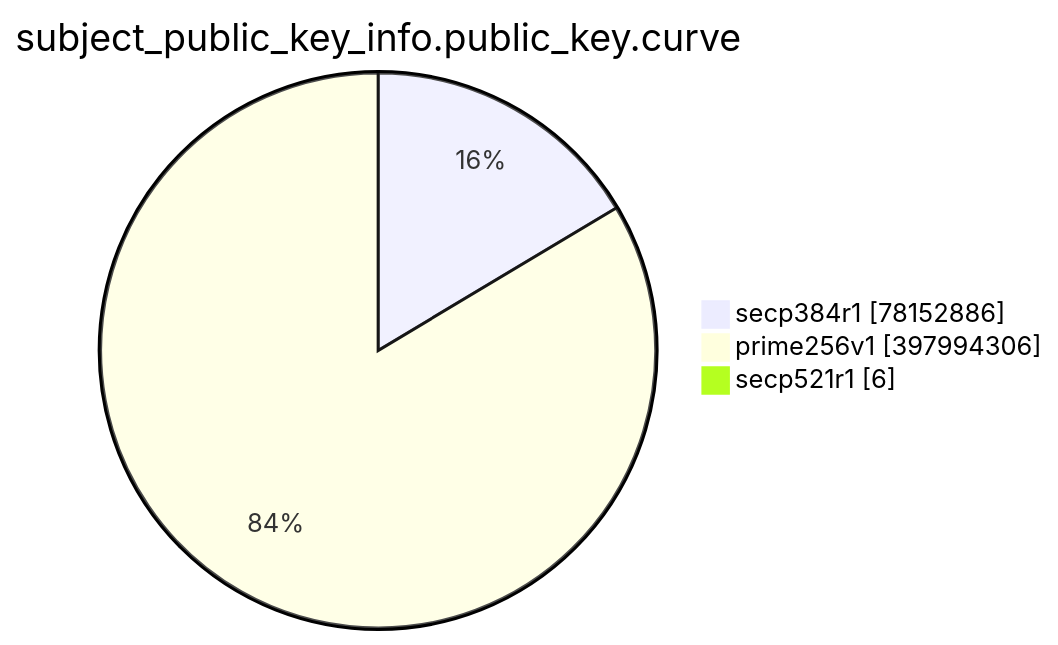
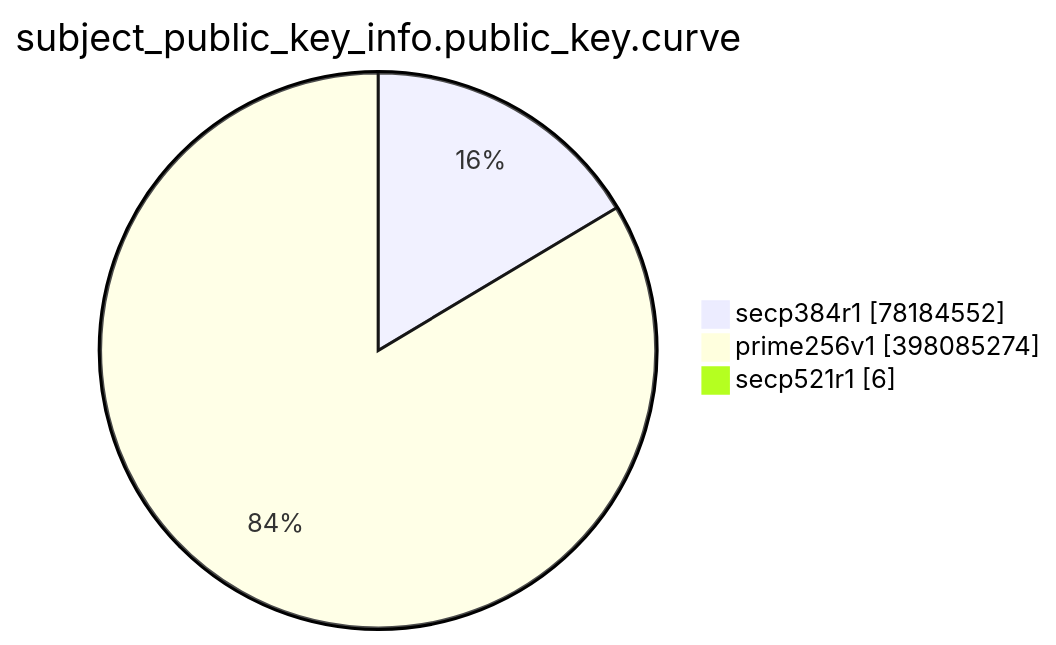
The eighth of 15 diagrams in TOTAL/README.md (christiankrug/ctmonitor_visualization), drawn with Mermaid before and after one commit. The commit also changed other lines of this file, not shown here.

````diff
--- a/TOTAL/README.md
+++ b/TOTAL/README.md
@@ -3095,7 +3095,7 @@
 ```mermaid
 pie showData
 title subject_public_key_info.public_key.curve
-"secp384r1" :78152886
-"prime256v1" :397994306
+"secp384r1" :78184552
+"prime256v1" :398085274
 "secp521r1" :6
 ```
````
